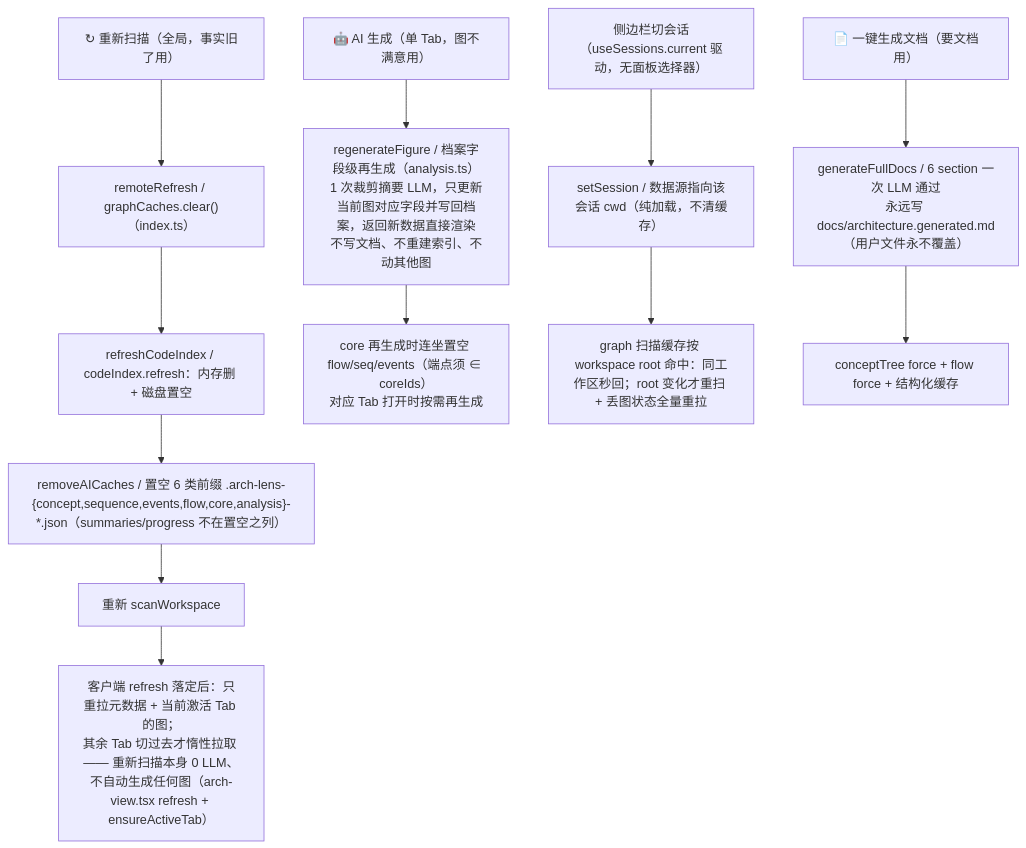
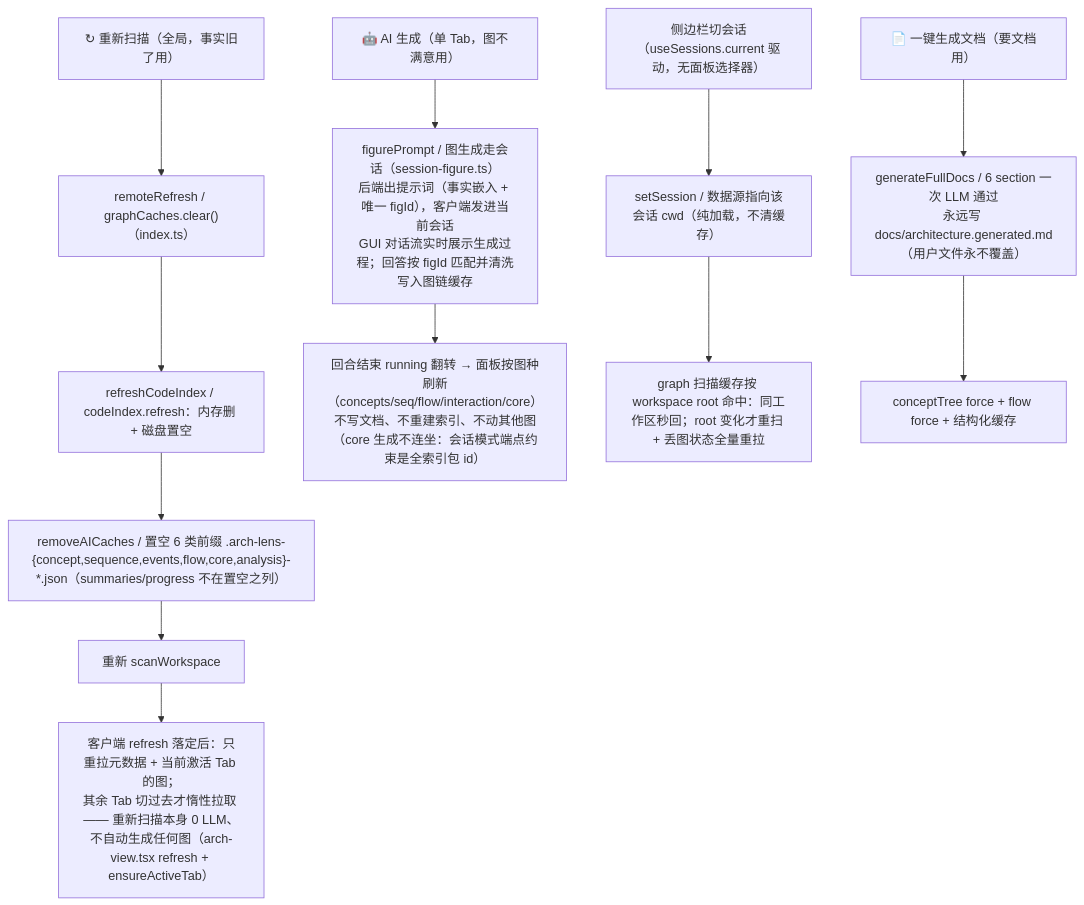
The eighth of 13 diagrams in docs/arch-lens-diagrams.md (gwj001/arch-lens), drawn with Mermaid before and after one commit. The commit also changed 33 other files, not shown here.

First line of the commit message:
feat: figure generation via session turn (interface SSE)

````diff
--- a/docs/arch-lens-diagrams.md
+++ b/docs/arch-lens-diagrams.md
@@ -369,14 +369,14 @@
 ```mermaid
 flowchart TD
     RESCAN["↻ 重新扫描（全局，事实旧了用）"] --> B1["remoteRefresh / graphCaches.clear()（index.ts）"]
     B1 --> B2["refreshCodeIndex / codeIndex.refresh：内存删 + 磁盘置空"]
     B2 --> B3["removeAICaches / 置空 6 类前缀 .arch-lens-{concept,sequence,events,flow,core,analysis}-*.json（summaries/progress 不在置空之列）"]
     B3 --> B4["重新 scanWorkspace"]
     B4 --> B5["客户端 refresh 落定后：只重拉元数据 + 当前激活 Tab 的图；<br/>其余 Tab 切过去才惰性拉取 —— 重新扫描本身 0 LLM、不自动生成任何图（arch-view.tsx refresh + ensureActiveTab）"]
-    AIGEN["🤖 AI 生成（单 Tab，图不满意用）"] --> D1["regenerateFigure / 档案字段级再生成（analysis.ts）<br/>1 次裁剪摘要 LLM，只更新当前图对应字段并写回档案，返回新数据直接渲染<br/>不写文档、不重建索引、不动其他图"]
-    D1 --> D2["core 再生成时连坐置空 flow/seq/events（端点须 ∈ coreIds）<br/>对应 Tab 打开时按需再生成"]
+    AIGEN["🤖 AI 生成（单 Tab，图不满意用）"] --> D1["figurePrompt / 图生成走会话（session-figure.ts）<br/>后端出提示词（事实嵌入 + 唯一 figId），客户端发进当前会话<br/>GUI 对话流实时展示生成过程；回答按 figId 匹配并清洗写入图链缓存"]
+    D1 --> D2["回合结束 running 翻转 → 面板按图种刷新（concepts/seq/flow/interaction/core）<br/>不写文档、不重建索引、不动其他图（core 生成不连坐：会话模式端点约束是全索引包 id）"]
     FOLLOW["侧边栏切会话（useSessions.current 驱动，无面板选择器）"] --> E1["setSession / 数据源指向该会话 cwd（纯加载，不清缓存）"]
     E1 --> E2["graph 扫描缓存按 workspace root 命中：同工作区秒回；root 变化才重扫 + 丢图状态全量重拉"]
     DOCS["📄 一键生成文档（要文档用）"] --> G1["generateFullDocs / 6 section 一次 LLM 通过<br/>永远写 docs/architecture.generated.md（用户文件永不覆盖）"]
     G1 --> G2["conceptTree force + flow force + 结构化缓存"]
 ```
````
